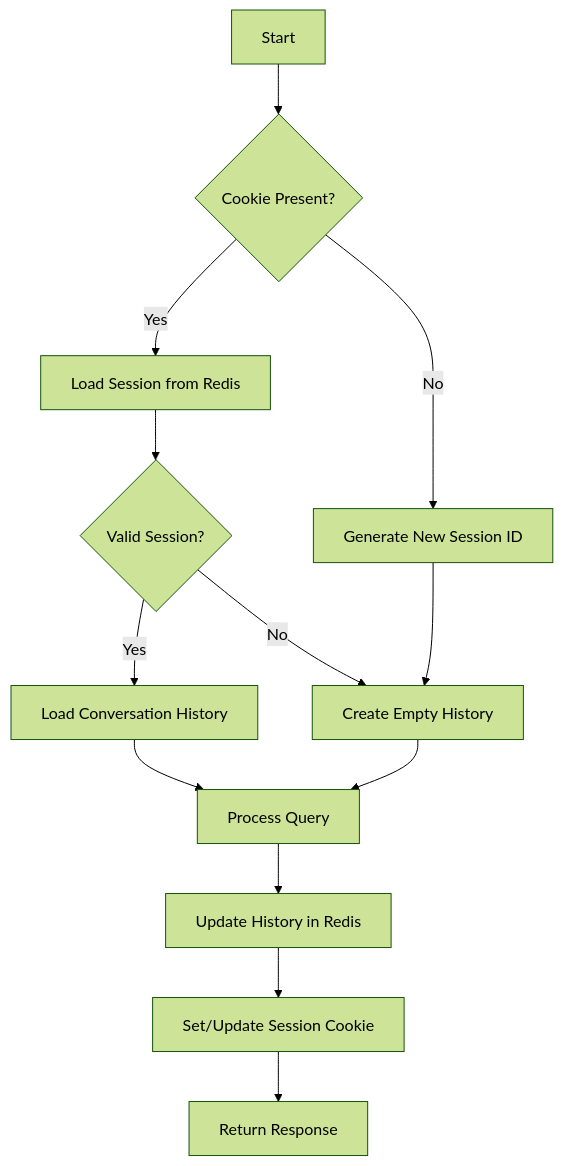
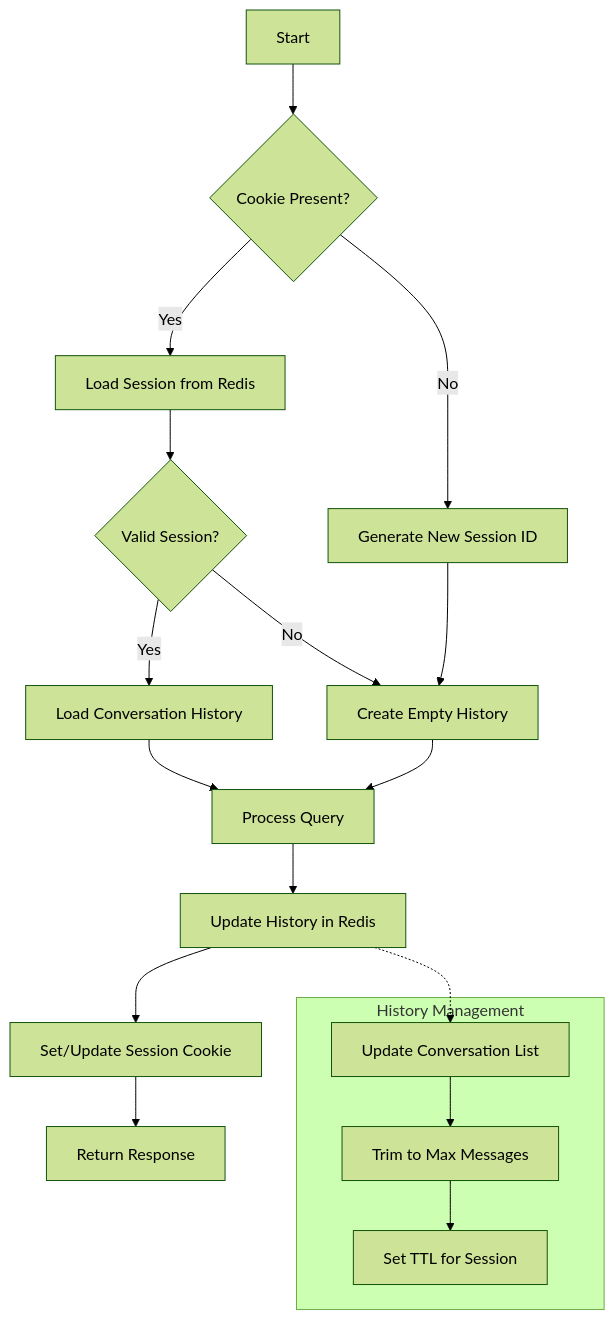
One commit to yweiss0/naor_webchat changed the third of 5 diagrams in server/workflow.md. Above: the diagram before and after it, drawn with Mermaid (forest theme). The commit also changed other lines of this file, not shown here.

Commit message:
updated the workflow graph code

````diff
--- a/server/workflow.md
+++ b/server/workflow.md
@@ -74,17 +93,24 @@
 ```mermaid
 flowchart TD
     A[Start] --> B{Cookie Present?}
     B -->|Yes| C[Load Session from Redis]
     B -->|No| D[Generate New Session ID]
     D --> E[Create Empty History]
     C --> F{Valid Session?}
     F -->|Yes| G[Load Conversation History]
     F -->|No| E
     
     G --> H[Process Query]
     E --> H
     
     H --> I[Update History in Redis]
     I --> J[Set/Update Session Cookie]
     J --> K[Return Response]
+    
+    subgraph "History Management"
+        I1[Update Conversation List] --> I2[Trim to Max Messages]
+        I2 --> I3[Set TTL for Session]
+    end
+    
+    I -.-> I1
 ```
````
